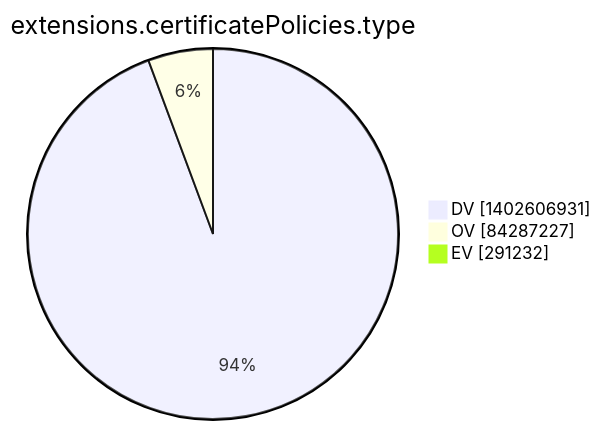
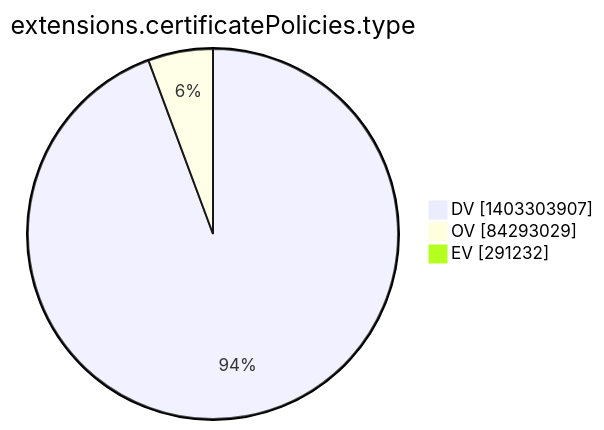
Before and after one commit to christiankrug/ctmonitor_visualization: the tenth of 15 diagrams in argon2022/README.md, drawn with Mermaid. The commit also changed other lines of this file, not shown here.

````diff
--- a/argon2022/README.md
+++ b/argon2022/README.md
@@ -2773,7 +2773,7 @@
 ```mermaid
 pie showData
 title extensions.certificatePolicies.type
-"DV" :1402606931
-"OV" :84287227
+"DV" :1403303907
+"OV" :84293029
 "EV" :291232
 ```
````
